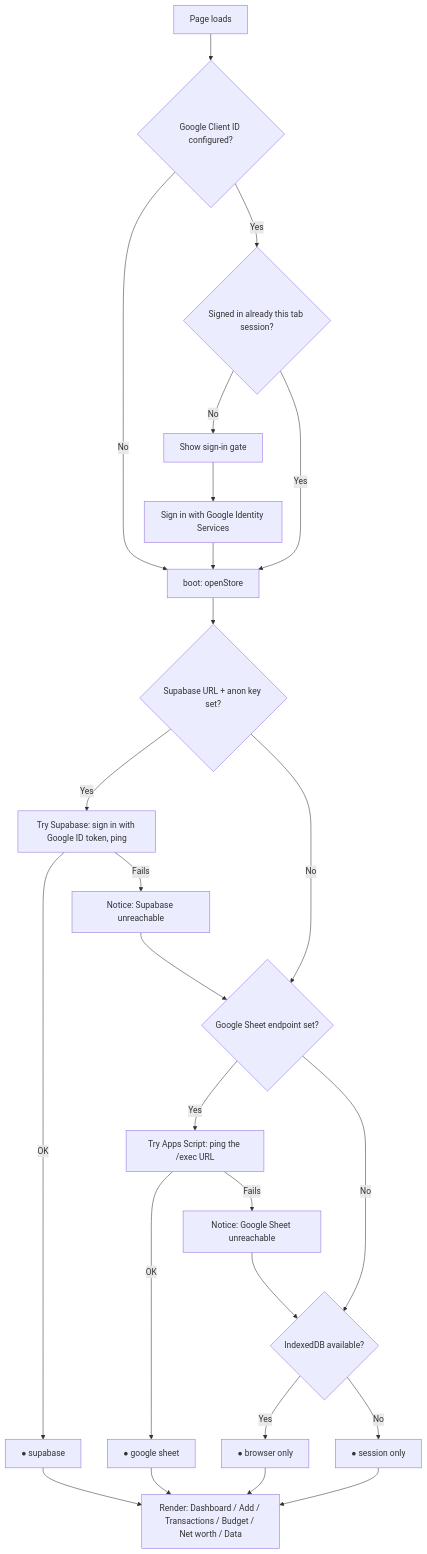
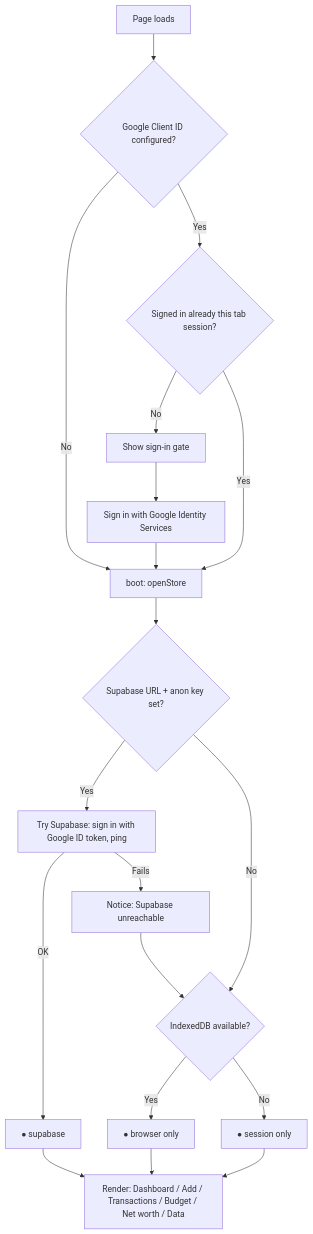
The diagram in README.md (nkrameshkrishnan/expense-tracker), drawn with Mermaid before and after one commit. The commit also changed other lines of this file and 6 other files, not shown here.

````diff
--- a/README.md
+++ b/README.md
@@ -20,29 +20,23 @@
 ```mermaid
 flowchart TD
     A[Page loads] --> B{Google Client ID configured?}
     B -- No --> D[boot]
     B -- Yes --> C{Signed in already this tab session?}
     C -- No --> G[Show sign-in gate]
     G --> H[Sign in with Google Identity Services]
     H --> D
     C -- Yes --> D
 
     D[boot: openStore] --> E{Supabase URL + anon key set?}
     E -- Yes --> F[Try Supabase: sign in with Google ID token, ping]
     F -- OK --> S1["● supabase"]
     F -- Fails --> N1[Notice: Supabase unreachable] --> J
-    E -- No --> J{Google Sheet endpoint set?}
+    E -- No --> J{IndexedDB available?}
 
-    J -- Yes --> K[Try Apps Script: ping the /exec URL]
-    K -- OK --> S2["● google sheet"]
-    K -- Fails --> N2[Notice: Google Sheet unreachable] --> L
-    J -- No --> L{IndexedDB available?}
-
-    L -- Yes --> S3["● browser only"]
-    L -- No --> S4["● session only"]
+    J -- Yes --> S3["● browser only"]
+    J -- No --> S4["● session only"]
 
     S1 --> R[Render: Dashboard / Add / Transactions / Budget / Net worth / Data]
-    S2 --> R
     S3 --> R
     S4 --> R
 ```
````
